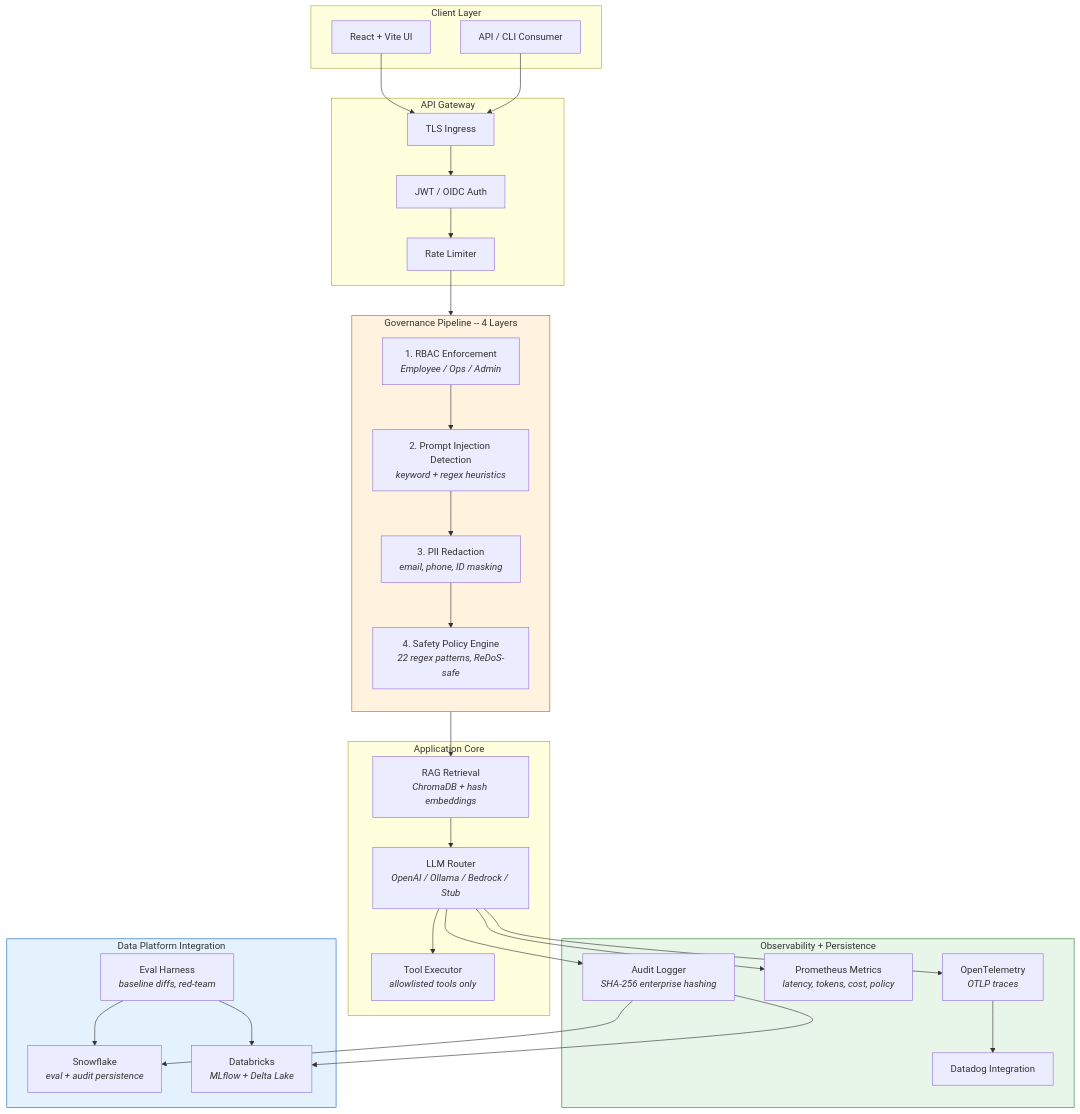
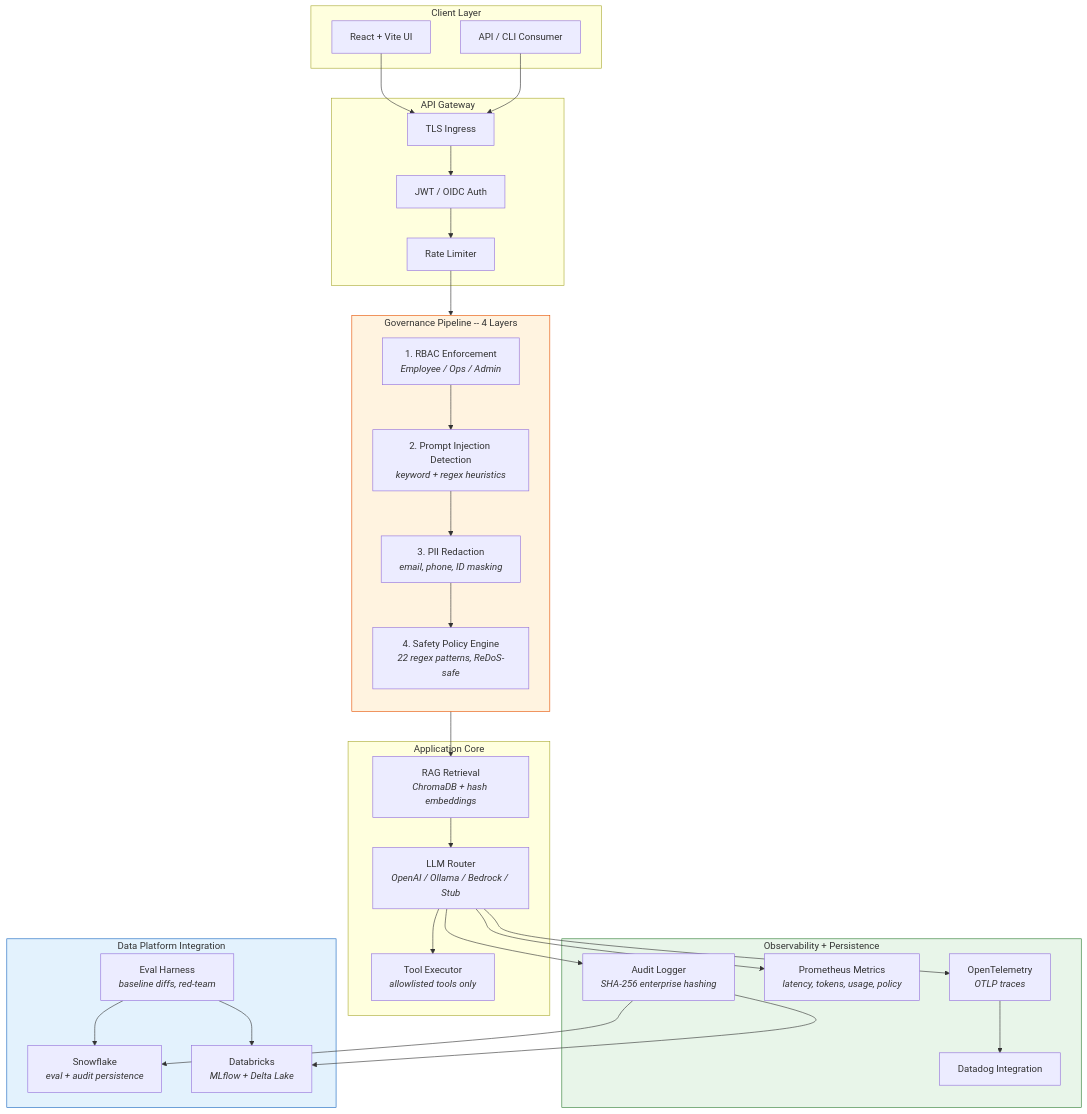
The diagram in README.md (KIM3310/enterprise-llm-adoption-kit), drawn with Mermaid before and after one commit. The commit also changed other lines of this file and 74 other files, not shown here.

````diff
--- a/README.md
+++ b/README.md
@@ -58,54 +58,54 @@
 ```mermaid
 flowchart TB
     subgraph Client["Client Layer"]
         UI["React + Vite UI"]
         CLI["API / CLI Consumer"]
     end
 
     subgraph Gateway["API Gateway"]
         ING["TLS Ingress"] --> AUTH["JWT / OIDC Auth"]
         AUTH --> RL["Rate Limiter"]
     end
 
     subgraph Governance["Governance Pipeline -- 4 Layers"]
         direction TB
         RBAC["1. RBAC Enforcement<br/><i>Employee / Ops / Admin</i>"]
         INJ["2. Prompt Injection Detection<br/><i>keyword + regex heuristics</i>"]
         PII["3. PII Redaction<br/><i>email, phone, ID masking</i>"]
         SAFE["4. Safety Policy Engine<br/><i>22 regex patterns, ReDoS-safe</i>"]
         RBAC --> INJ --> PII --> SAFE
     end
 
     subgraph Core["Application Core"]
         RAG["RAG Retrieval<br/><i>ChromaDB + hash embeddings</i>"]
         LLM["LLM Router<br/><i>OpenAI / Ollama / Bedrock / Stub</i>"]
         TOOLS["Tool Executor<br/><i>allowlisted tools only</i>"]
         RAG --> LLM
         LLM --> TOOLS
     end
 
     subgraph Observability["Observability + Persistence"]
         AUDIT["Audit Logger<br/><i>SHA-256 enterprise hashing</i>"]
-        PROM["Prometheus Metrics<br/><i>latency, tokens, cost, policy</i>"]
+        PROM["Prometheus Metrics<br/><i>latency, tokens, usage, policy</i>"]
         OTEL["OpenTelemetry<br/><i>OTLP traces</i>"]
         DD["Datadog Integration"]
     end
 
     subgraph DataPlatform["Data Platform Integration"]
         SF["Snowflake<br/><i>eval + audit persistence</i>"]
         DB["Databricks<br/><i>MLflow + Delta Lake</i>"]
         EVAL["Eval Harness<br/><i>baseline diffs, red-team</i>"]
     end
 
     UI & CLI --> ING
     RL --> RBAC
     SAFE --> RAG
     LLM --> AUDIT & PROM & OTEL
     AUDIT --> SF & DB
     OTEL --> DD
     EVAL --> SF & DB
 
     style Governance fill:#fff3e0,stroke:#e65100
     style Observability fill:#e8f5e9,stroke:#2e7d32
     style DataPlatform fill:#e3f2fd,stroke:#1565c0
 ```
````
